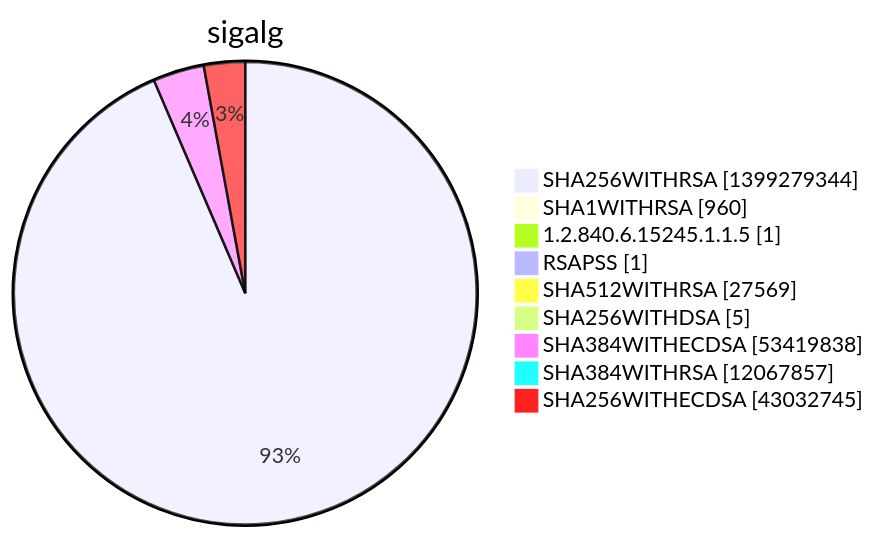
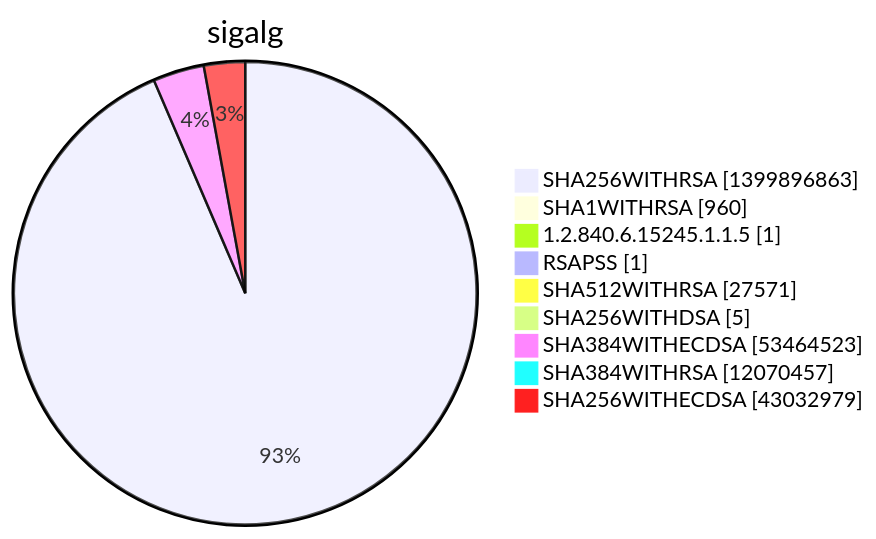
Diagram 15 of 15 in argon2022/README.md (christiankrug/ctmonitor_visualization), drawn with Mermaid before and after one commit. The commit also changed other lines of this file, not shown here.

````diff
--- a/argon2022/README.md
+++ b/argon2022/README.md
@@ -5524,13 +5524,13 @@
 ```mermaid
 pie showData
 title sigalg
-"SHA256WITHRSA" :1399279344
+"SHA256WITHRSA" :1399896863
 "SHA1WITHRSA" :960
 "1.2.840.6.15245.1.1.5" :1
 "RSAPSS" :1
-"SHA512WITHRSA" :27569
+"SHA512WITHRSA" :27571
 "SHA256WITHDSA" :5
-"SHA384WITHECDSA" :53419838
-"SHA384WITHRSA" :12067857
-"SHA256WITHECDSA" :43032745
+"SHA384WITHECDSA" :53464523
+"SHA384WITHRSA" :12070457
+"SHA256WITHECDSA" :43032979
 ```
````
